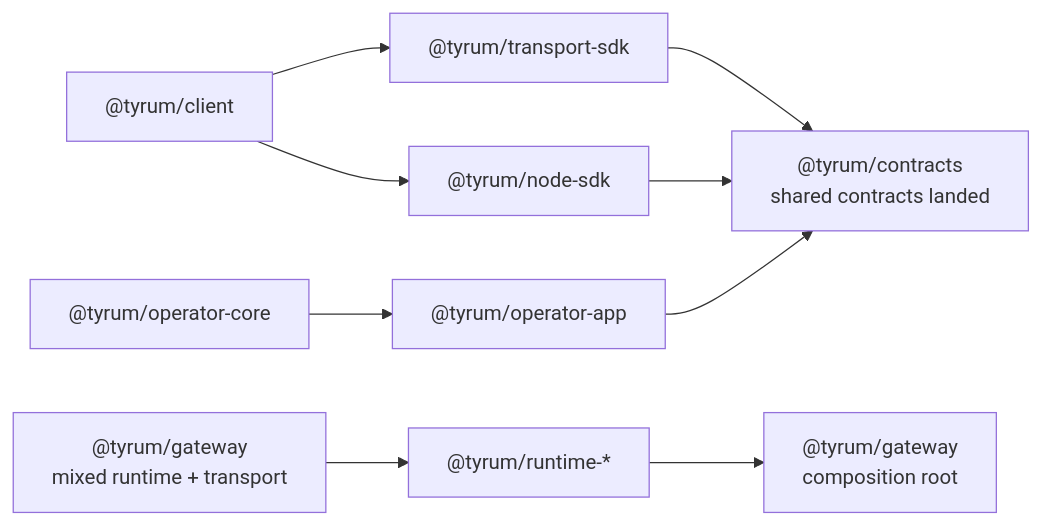
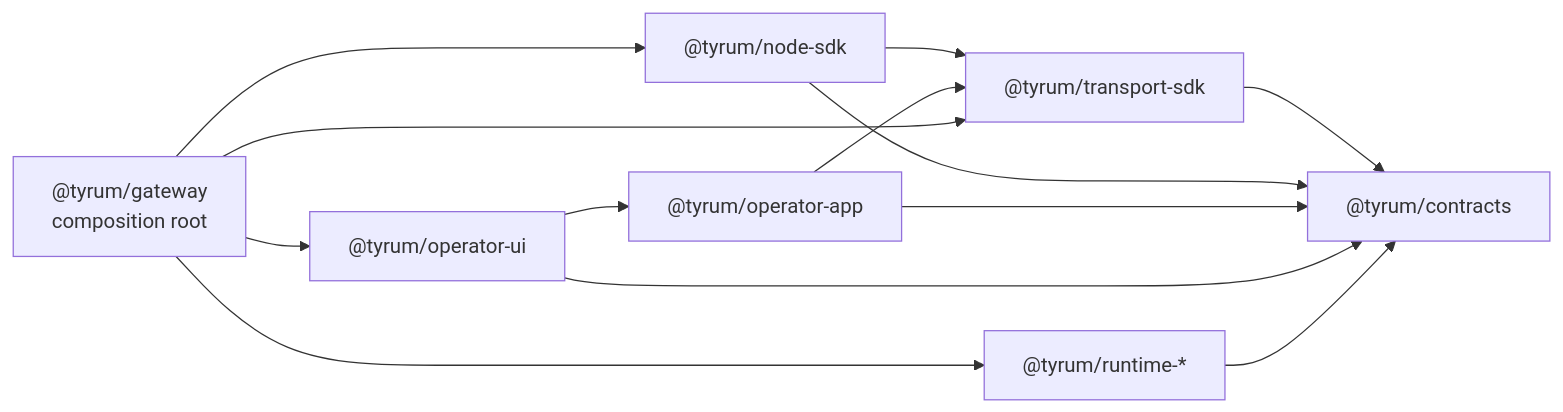
Before and after one commit to tyrumai/tyrum: the diagram in docs/architecture/reference/arch-01-clean-break-target-state.md, drawn with Mermaid. The commit also changed other lines of this file and 80 other files, not shown here.

````diff
--- a/docs/architecture/reference/arch-01-clean-break-target-state.md
+++ b/docs/architecture/reference/arch-01-clean-break-target-state.md
@@ -19,21 +19,23 @@
 ```mermaid
 flowchart LR
-  Contracts["@tyrum/contracts<br/>shared contracts landed"]
-  Client["@tyrum/client"]
-  OperatorCore["@tyrum/operator-core"]
-  GatewayNow["@tyrum/gateway<br/>mixed runtime + transport"]
+  Contracts["@tyrum/contracts"]
   Transport["@tyrum/transport-sdk"]
   Node["@tyrum/node-sdk"]
   OperatorApp["@tyrum/operator-app"]
+  OperatorUI["@tyrum/operator-ui"]
   RuntimeSplit["@tyrum/runtime-*"]
   GatewayTarget["@tyrum/gateway<br/>composition root"]
 
   Transport --> Contracts
   Node --> Contracts
+  Node --> Transport
   OperatorApp --> Contracts
-  Client --> Transport
-  Client --> Node
-  OperatorCore --> OperatorApp
-  GatewayNow --> RuntimeSplit
-  RuntimeSplit --> GatewayTarget
+  OperatorApp --> Transport
+  OperatorUI --> Contracts
+  OperatorUI --> OperatorApp
+  RuntimeSplit --> Contracts
+  GatewayTarget --> Transport
+  GatewayTarget --> Node
+  GatewayTarget --> OperatorUI
+  GatewayTarget --> RuntimeSplit
 ```
````
